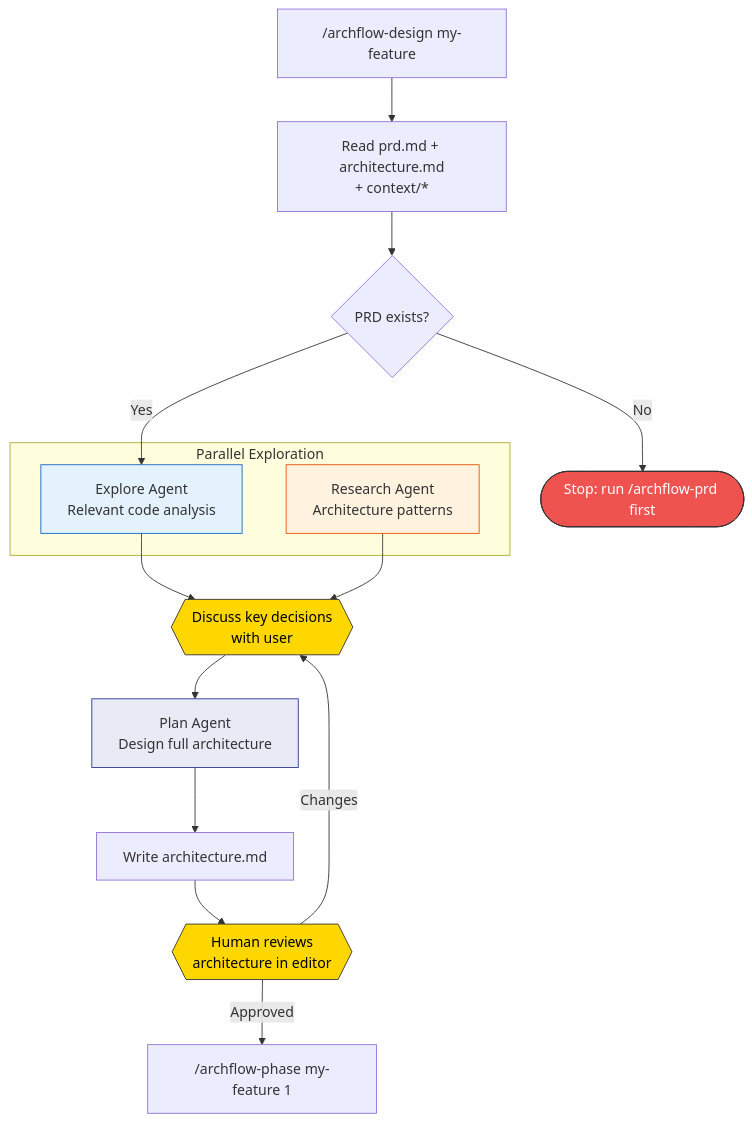
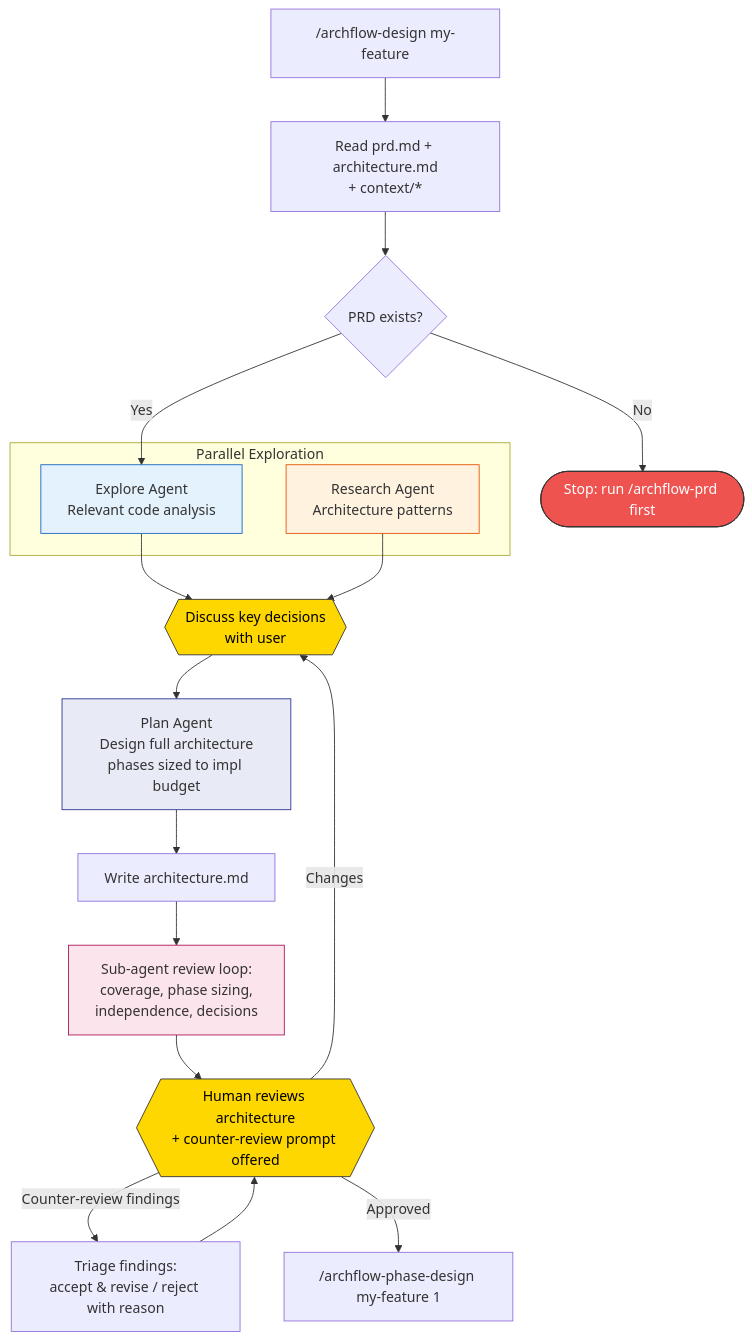
One commit to Aroton/ArchflowV2 changed the sixth of 13 diagrams in docs/archflow-process.md. Above: the diagram before and after it, drawn with Mermaid. The commit also changed other lines of this file and 9 other files, not shown here.

First line of the commit message:
Split phase into design/impl skills, add review loops and counter-review prompts

````diff
--- a/docs/archflow-process.md
+++ b/docs/archflow-process.md
@@ -199,30 +220,34 @@
 ```mermaid
 flowchart TD
     D0["/archflow-design my-feature"] --> D_read[Read prd.md + architecture.md<br/>+ context/*]
     D_read --> D_check{PRD exists?}
     D_check -->|No| D_stop([Stop: run /archflow-prd first])
     D_check -->|Yes| D1
 
     subgraph "Parallel Exploration"
         D1[Explore Agent<br/>Relevant code analysis]
         D2[Research Agent<br/>Architecture patterns]
     end
 
     D1 --> D3
     D2 --> D3
 
     D3{{Discuss key decisions<br/>with user}} --> D4
 
-    D4[Plan Agent<br/>Design full architecture] --> D5[Write architecture.md]
+    D4[Plan Agent<br/>Design full architecture<br/>phases sized to impl budget] --> D5[Write architecture.md]
 
-    D5 --> D6{{Human reviews<br/>architecture in editor}}
+    D5 --> D5a[Sub-agent review loop:<br/>coverage, phase sizing,<br/>independence, decisions]
+    D5a --> D6{{Human reviews architecture<br/>+ counter-review prompt offered}}
     D6 -->|Changes| D3
-    D6 -->|Approved| D7["/archflow-phase my-feature 1"]
+    D6 -->|Counter-review findings| D6a[Triage findings:<br/>accept & revise / reject with reason]
+    D6a --> D6
+    D6 -->|Approved| D7["/archflow-phase-design my-feature 1"]
 
     style D1 fill:#e3f2fd,stroke:#1565c0
     style D2 fill:#fff3e0,stroke:#e65100
     style D4 fill:#e8eaf6,stroke:#283593
+    style D5a fill:#fce4ec,stroke:#ad1457
     style D3 fill:#ffd700,stroke:#333,color:#000
     style D6 fill:#ffd700,stroke:#333,color:#000
     style D_stop fill:#ef5350,stroke:#333,color:#fff
 ```
````
